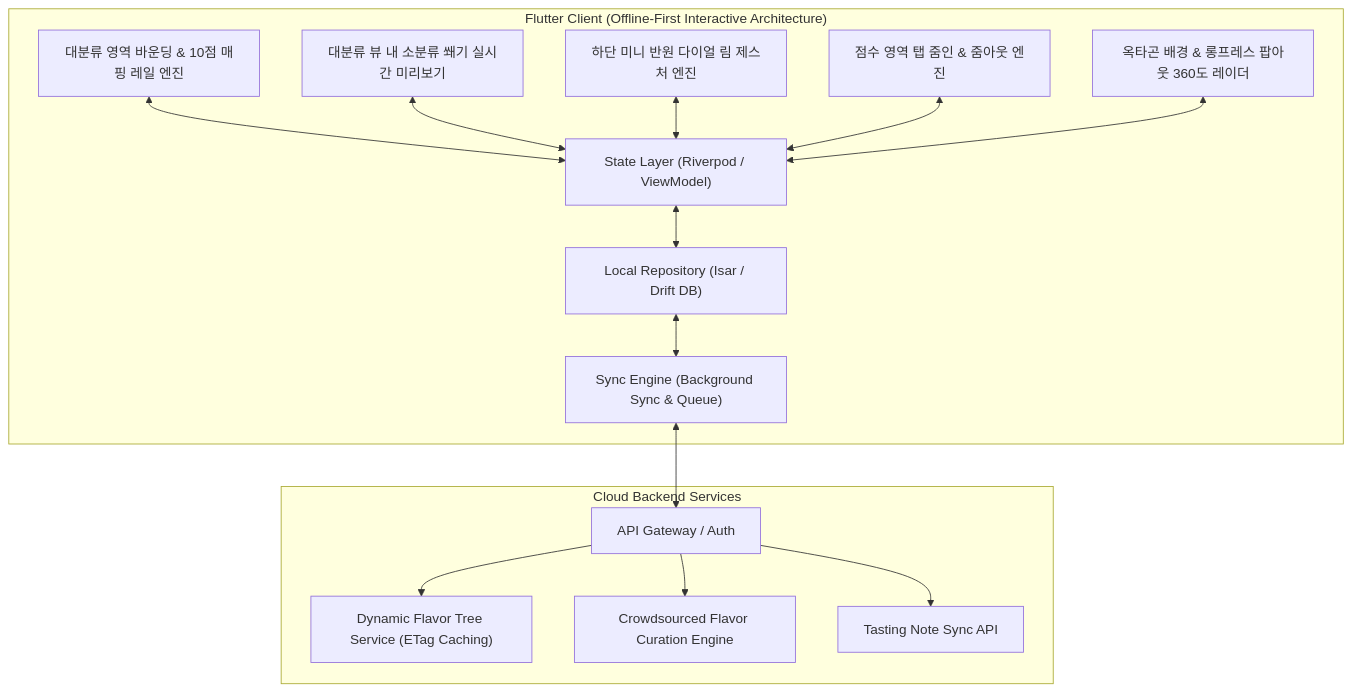
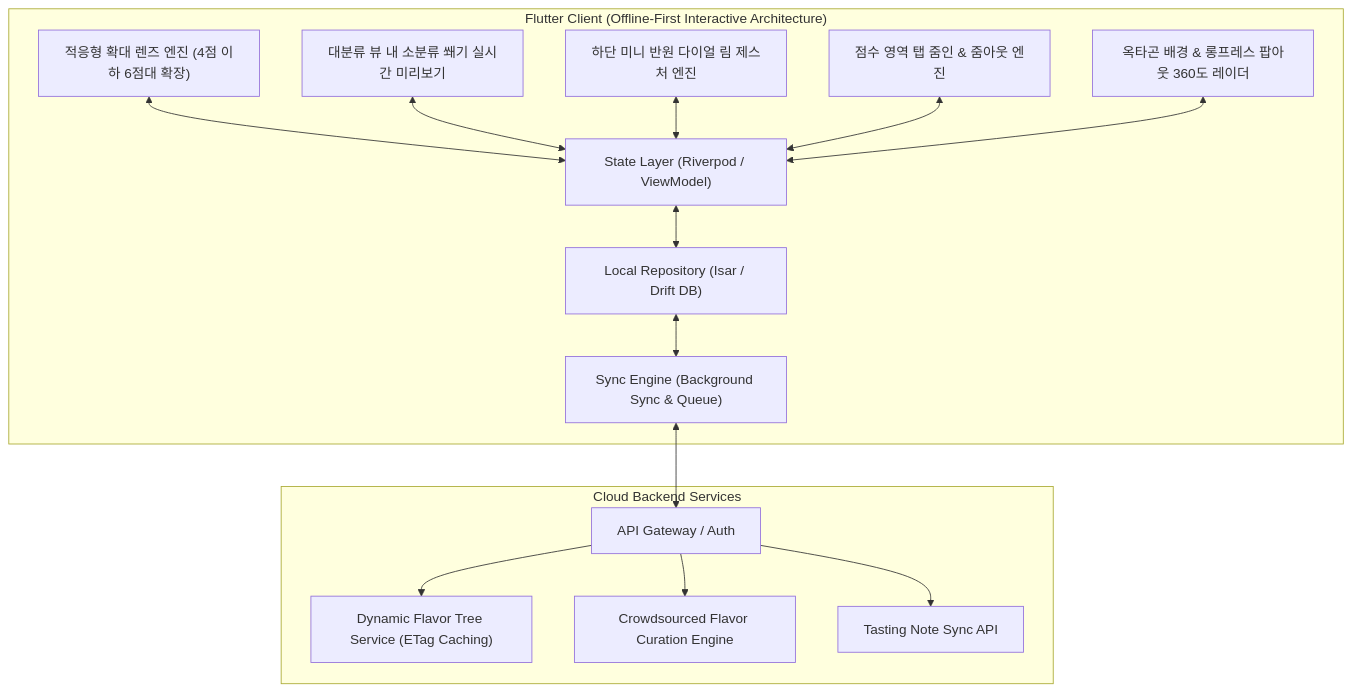
Before and after one commit to chanhooop/FlavorWheel: the diagram in README.md, drawn with Mermaid. The commit also changed other lines of this file and 1 other file, not shown here.

Commit message:
feat: 대분류 점수 4 이하 시 미니 다이얼 유지 및 소분류 조작 영역 6점대로 적응형 확대 렌즈 UX 구현

````diff
--- a/README.md
+++ b/README.md
@@ -83,34 +85,34 @@
 ```mermaid
 graph TB
     subgraph Client ["Flutter Client (Offline-First Interactive Architecture)"]
-        BoundedScaleEngine["대분류 영역 바운딩 & 10점 매핑 레일 엔진"]
+        AdaptiveZoomEngine["적응형 확대 렌즈 엔진 (4점 이하 6점대 확장)"]
         InWheelPreviewEngine["대분류 뷰 내 소분류 쐐기 실시간 미리보기"]
         MiniDialEngine["하단 미니 반원 다이얼 림 제스처 엔진"]
         TapZoomEngine["점수 영역 탭 줌인 & 줌아웃 엔진"]
         OctagonRadarEngine["옥타곤 배경 & 롱프레스 팝아웃 360도 레이더"]
 
         State["State Layer (Riverpod / ViewModel)"]
         SyncEngine["Sync Engine (Background Sync & Queue)"]
         LocalRepository["Local Repository (Isar / Drift DB)"]
 
-        BoundedScaleEngine <--> State
+        AdaptiveZoomEngine <--> State
         InWheelPreviewEngine <--> State
         MiniDialEngine <--> State
         TapZoomEngine <--> State
         OctagonRadarEngine <--> State
         State <--> LocalRepository
         LocalRepository <--> SyncEngine
     end
 
     subgraph RemoteBackend ["Cloud Backend Services"]
         Gateway["API Gateway / Auth"]
         TreeService["Dynamic Flavor Tree Service (ETag Caching)"]
         CurationService["Crowdsourced Flavor Curation Engine"]
         NoteService["Tasting Note Sync API"]
     end
 
     SyncEngine <--> Gateway
     Gateway --> TreeService
     Gateway --> CurationService
     Gateway --> NoteService
 ```
````
